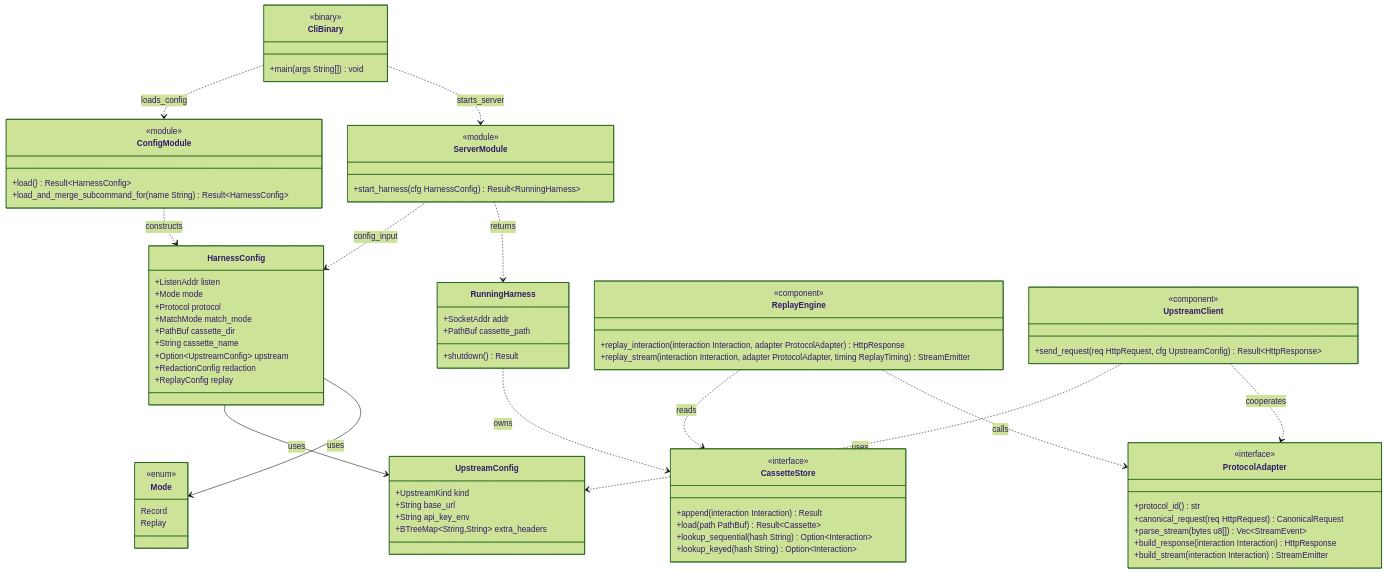
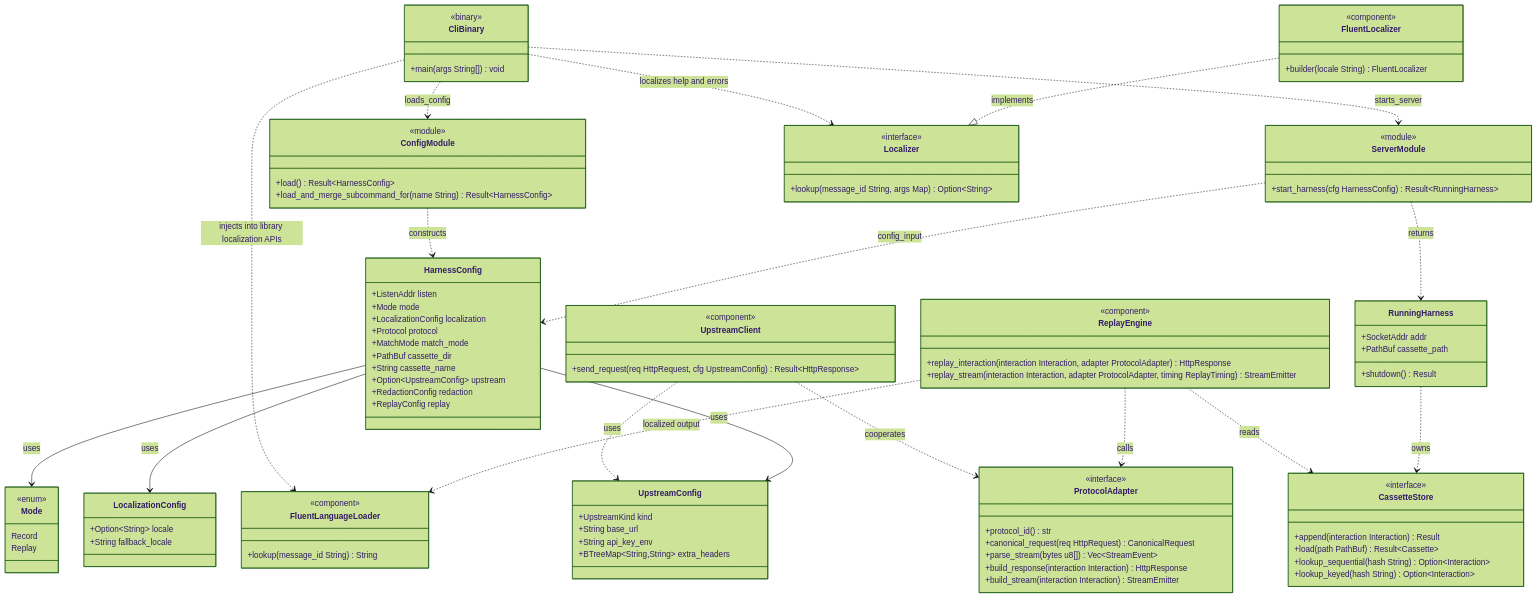
One commit to leynos/spycatcher-harness changed the third of 3 diagrams in docs/spycatcher-harness-design.md. Above: the diagram before and after it, drawn with Mermaid (forest theme). The commit also changed other lines of this file and 1 other file, not shown here.

First line of the commit message:
Design localization architecture for library and CLI

````diff
--- a/docs/spycatcher-harness-design.md
+++ b/docs/spycatcher-harness-design.md
@@ -431,6 +489,7 @@
   class HarnessConfig {
     +ListenAddr listen
     +Mode mode
+    +LocalizationConfig localization
     +Protocol protocol
     +MatchMode match_mode
     +PathBuf cassette_dir
@@ -445,6 +504,11 @@
     +String base_url
     +String api_key_env
     +BTreeMap~String,String~ extra_headers
+  }
+
+  class LocalizationConfig {
+    +Option~String~ locale
+    +String fallback_locale
   }
 
   class Mode {
@@ -493,6 +557,21 @@
     +replay_stream(interaction Interaction, adapter ProtocolAdapter, timing ReplayTiming) StreamEmitter
   }
 
+  class FluentLanguageLoader {
+    <<component>>
+    +lookup(message_id String) String
+  }
+
+  class Localizer {
+    <<interface>>
+    +lookup(message_id String, args Map) Option~String~
+  }
+
+  class FluentLocalizer {
+    <<component>>
+    +builder(locale String) FluentLocalizer
+  }
+
   class UpstreamClient {
     <<component>>
     +send_request(req HttpRequest, cfg UpstreamConfig) Result~HttpResponse~
@@ -505,6 +584,7 @@
 
   HarnessConfig --> UpstreamConfig : uses
   HarnessConfig --> Mode : uses
+  HarnessConfig --> LocalizationConfig : uses
 
   ServerModule ..> HarnessConfig : config_input
   ServerModule ..> RunningHarness : returns
@@ -515,10 +595,14 @@
 
   ReplayEngine ..> CassetteStore : reads
   ReplayEngine ..> ProtocolAdapter : calls
+  ReplayEngine ..> FluentLanguageLoader : localized output
 
   UpstreamClient ..> UpstreamConfig : uses
   UpstreamClient ..> ProtocolAdapter : cooperates
 
+  FluentLocalizer ..|> Localizer : implements
+  CliBinary ..> Localizer : localizes help and errors
+  CliBinary ..> FluentLanguageLoader : injects into library localization APIs
   CliBinary ..> ConfigModule : loads_config
   CliBinary ..> ServerModule : starts_server
 ```
````
